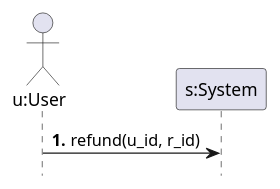
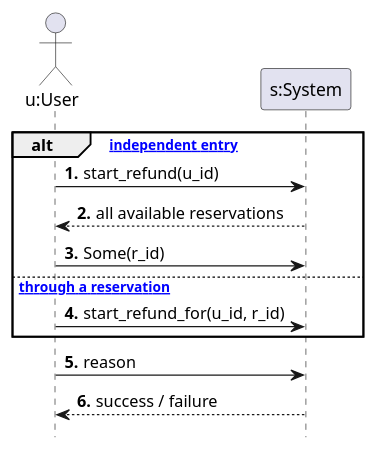
Before and after one commit to Deuchier/flight_manager_V1: the diagram in doc/analysis/ssd3.puml, drawn with PlantUML. The commit also changed 5 other files, not shown here.

```diff
--- a/doc/analysis/ssd3.puml
+++ b/doc/analysis/ssd3.puml
@@ -1,12 +1,22 @@
 @startuml
 
 hide footbox
 autonumber "<b>##."
 
 actor "u:User" as U
 participant "s:System" as S
 
-U -> S : refund(u_id, r_id)
+alt ["independent entry"]
+U -> S : start_refund(u_id)
+U <-- S : all available reservations
+U -> S : Some(r_id)
+else ["through a reservation"]
+U -> S : start_refund_for(u_id, r_id)
+end
+U -> S : reason
+U <-- S : success / failure
+
+
 
 
 @enduml
```
